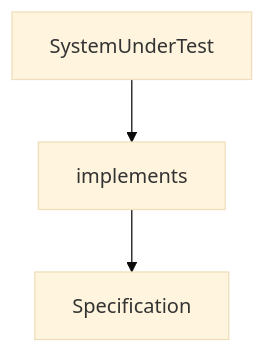
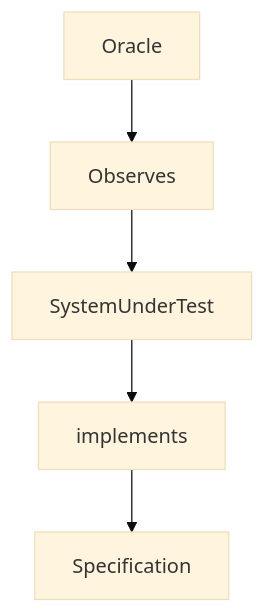
Before and after one commit to hajer78945/eng5: the diagram in README.md, drawn with Mermaid (base theme).

````diff
--- a/README.md
+++ b/README.md
@@ -123,6 +123,6 @@
 ```mermaid
 graph TD;
 	SystemUnderTest --> implements --> Specification
-	
+	Oracle --> Observes --> SystemUnderTest
     
 ```
````
